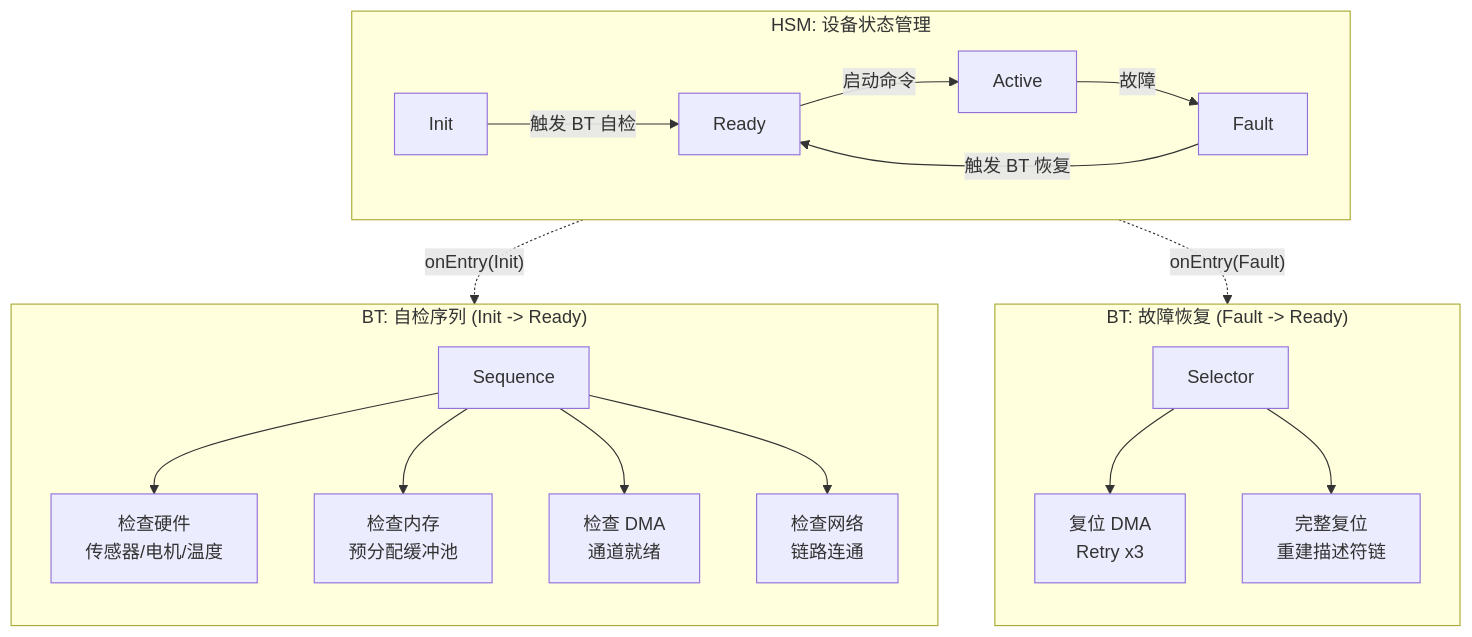
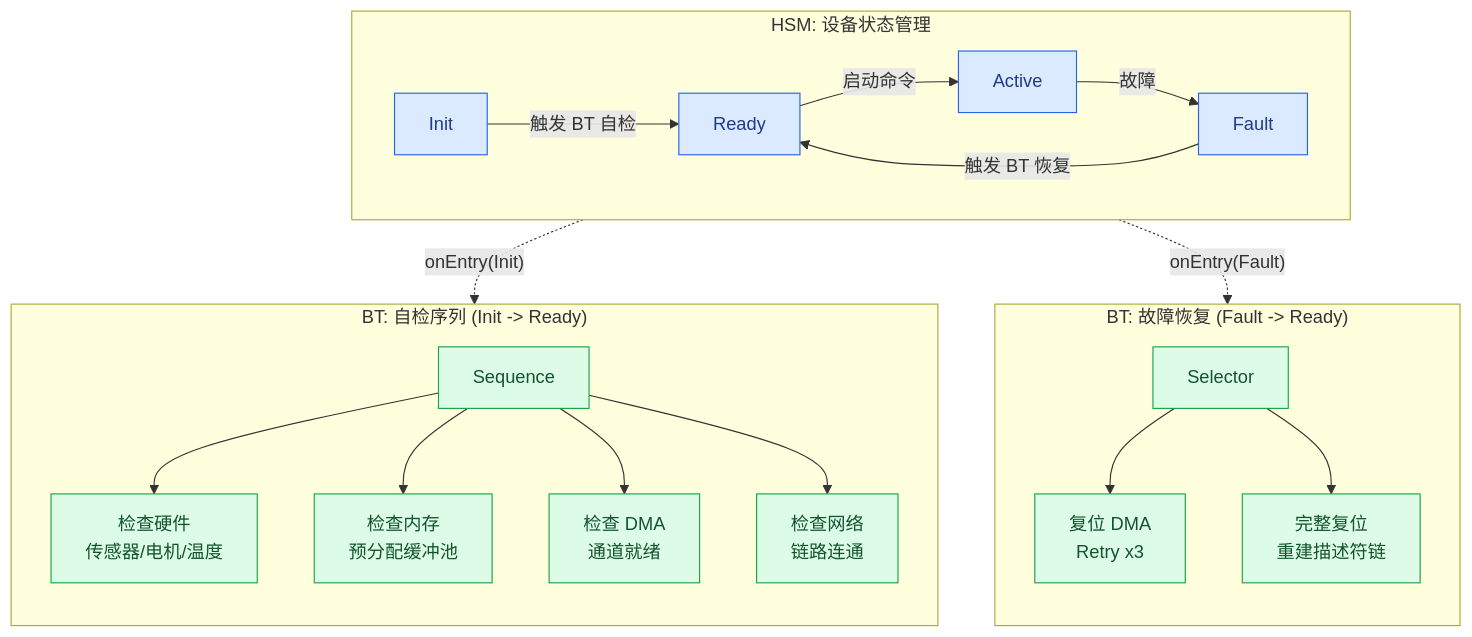
Before and after one commit to DeguiLiu/tech-notes: the eighth of 9 diagrams in content/posts/architecture/embedded_streaming_data_architecture.md, drawn with Mermaid. The commit also changed other lines of this file and 16 other files, not shown here.

First line of the commit message:
story-docs(blog): de-AI architecture and pattern posts, add project links

````diff
--- a/content/posts/architecture/embedded_streaming_data_architecture.md
+++ b/content/posts/architecture/embedded_streaming_data_architecture.md
@@ -368,26 +406,30 @@
 ```mermaid
 flowchart TB
     subgraph HSM_LAYER["HSM: 设备状态管理"]
         INIT["Init"] -->|"触发 BT 自检"| READY["Ready"]
         READY -->|"启动命令"| ACTIVE["Active"]
         ACTIVE -->|"故障"| FAULT["Fault"]
         FAULT -->|"触发 BT 恢复"| READY
     end
 
     subgraph BT_INIT["BT: 自检序列 (Init -> Ready)"]
         direction TB
         SEQ["Sequence"] --> CHK_HW["检查硬件\n传感器/电机/温度"]
         SEQ --> CHK_MEM["检查内存\n预分配缓冲池"]
         SEQ --> CHK_DMA["检查 DMA\n通道就绪"]
         SEQ --> CHK_NET["检查网络\n链路连通"]
     end
 
     subgraph BT_RECOVER["BT: 故障恢复 (Fault -> Ready)"]
         direction TB
         SEL["Selector"] --> RST_DMA["复位 DMA\nRetry x3"]
         SEL --> RST_FULL["完整复位\n重建描述符链"]
     end
 
     HSM_LAYER -.->|"onEntry(Init)"| BT_INIT
     HSM_LAYER -.->|"onEntry(Fault)"| BT_RECOVER
+    classDef hsm fill:#dbeafe,stroke:#2563eb,color:#1e3a8a
+    classDef bt fill:#dcfce7,stroke:#16a34a,color:#14532d
+    class INIT,READY,ACTIVE,FAULT hsm
+    class SEQ,CHK_HW,CHK_MEM,CHK_DMA,CHK_NET,SEL,RST_DMA,RST_FULL bt
 ```
````
